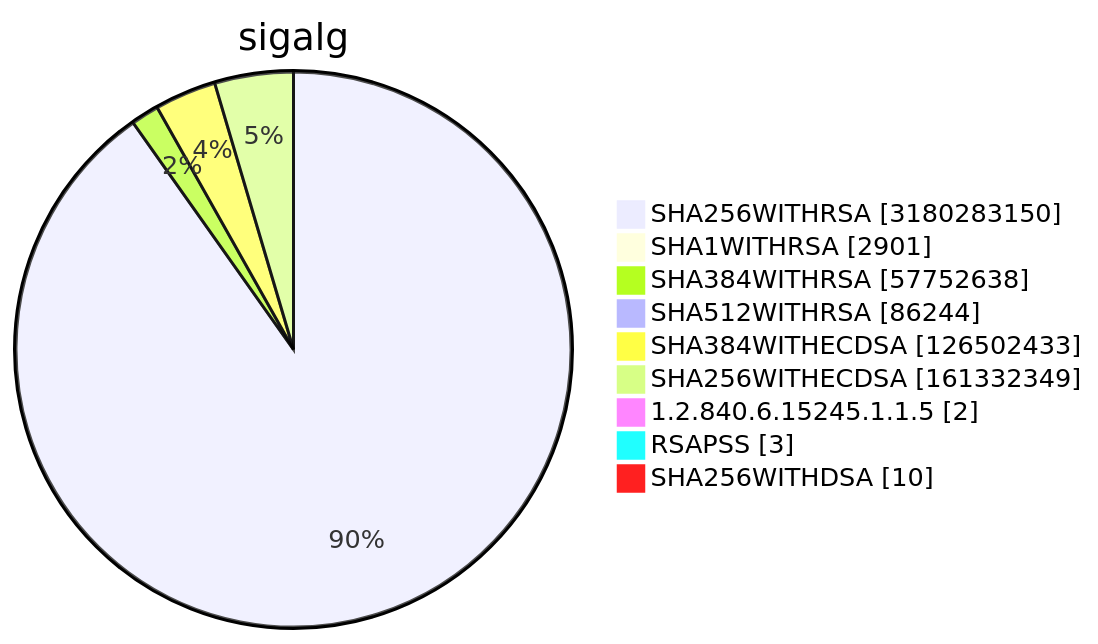
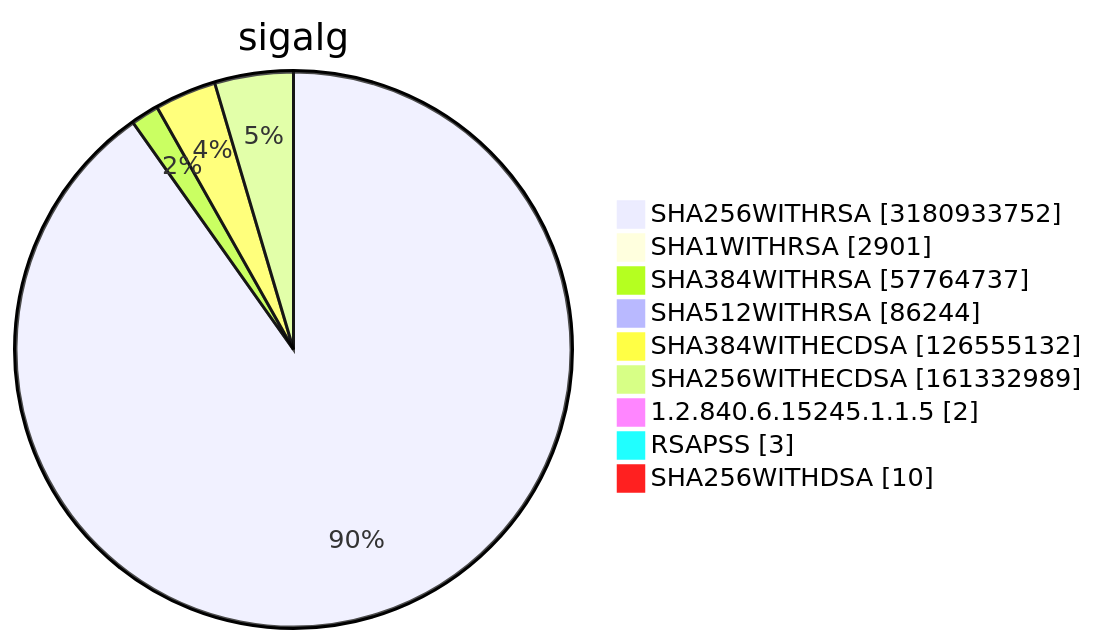
One commit to christiankrug/ctmonitor_visualization changed diagram 15 of 15 in TOTAL/README.md. Above: the diagram before and after it, drawn with Mermaid. The commit also changed other lines of this file, not shown here.

````diff
--- a/TOTAL/README.md
+++ b/TOTAL/README.md
@@ -6216,13 +6216,13 @@
 ```mermaid
 pie showData
 title sigalg
-"SHA256WITHRSA" :3180283150
+"SHA256WITHRSA" :3180933752
 "SHA1WITHRSA" :2901
-"SHA384WITHRSA" :57752638
+"SHA384WITHRSA" :57764737
 "SHA512WITHRSA" :86244
-"SHA384WITHECDSA" :126502433
-"SHA256WITHECDSA" :161332349
+"SHA384WITHECDSA" :126555132
+"SHA256WITHECDSA" :161332989
 "1.2.840.6.15245.1.1.5" :2
 "RSAPSS" :3
 "SHA256WITHDSA" :10
 ```
````
